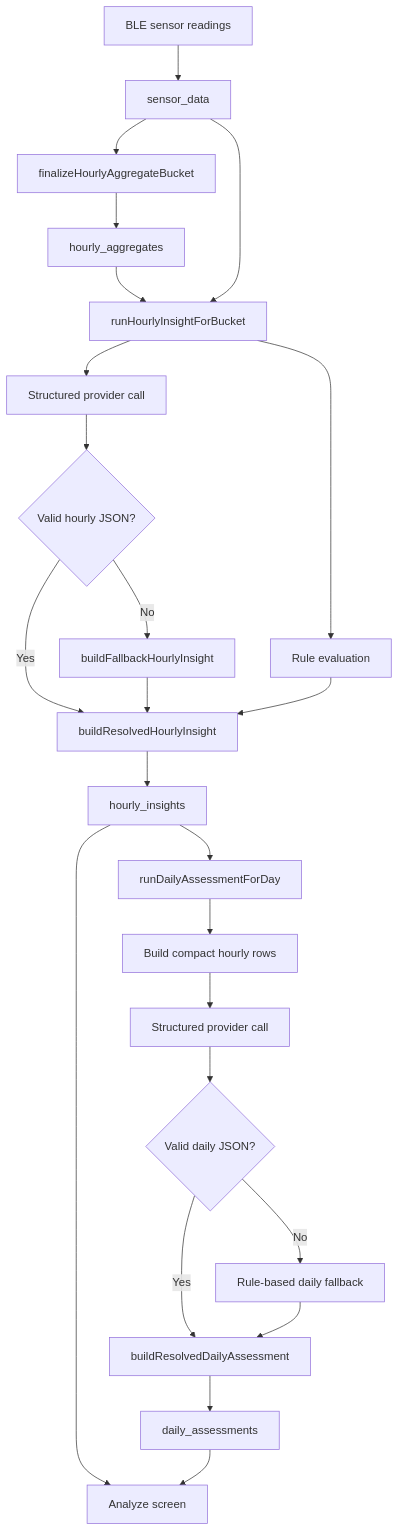
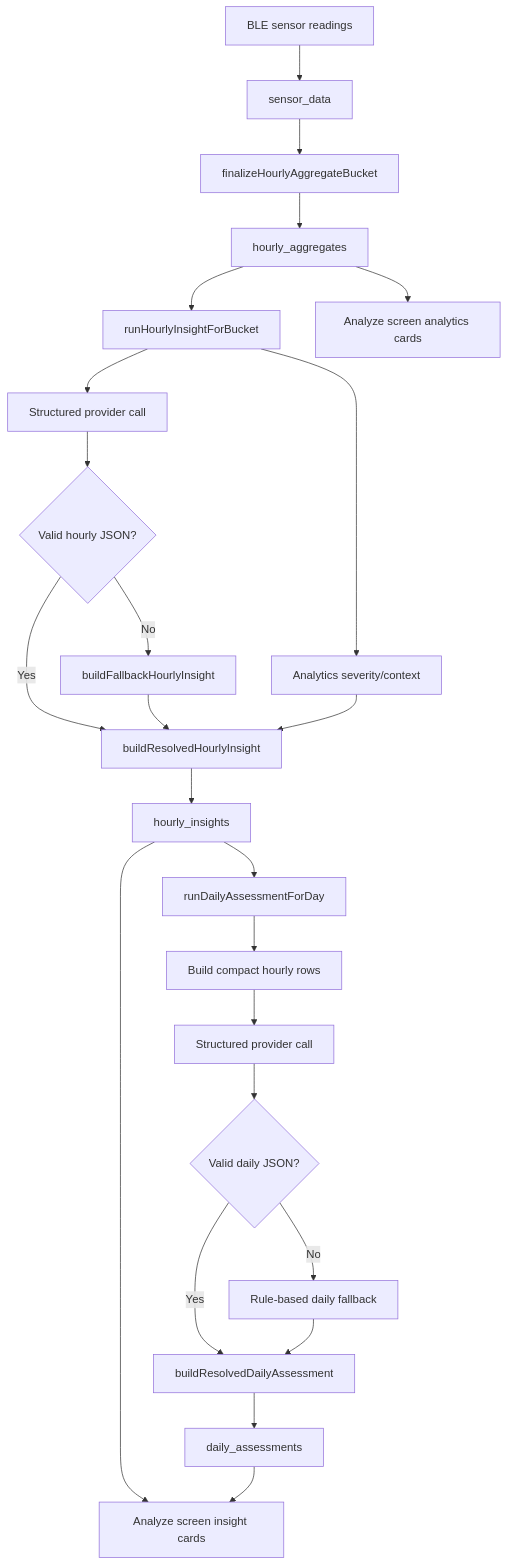
Before and after one commit to aiyanm/pigfit_try: the first of 4 diagrams in services/ai/deterministic/README.md, drawn with Mermaid. The commit also changed other lines of this file and 5 other files, not shown here.

````diff
--- a/services/ai/deterministic/README.md
+++ b/services/ai/deterministic/README.md
@@ -23,26 +23,26 @@
 ```mermaid
 flowchart TD
     A[BLE sensor readings] --> B[sensor_data]
     B --> C[finalizeHourlyAggregateBucket]
     C --> D[hourly_aggregates]
     D --> E[runHourlyInsightForBucket]
-    B --> E
-    E --> F[Rule evaluation]
+    E --> F[Analytics severity/context]
     E --> G[Structured provider call]
     G --> H{Valid hourly JSON?}
     H -- Yes --> I[buildResolvedHourlyInsight]
     H -- No --> J[buildFallbackHourlyInsight]
     J --> I
     F --> I
     I --> K[hourly_insights]
     K --> L[runDailyAssessmentForDay]
     L --> M[Build compact hourly rows]
     M --> N[Structured provider call]
     N --> O{Valid daily JSON?}
     O -- Yes --> P[buildResolvedDailyAssessment]
     O -- No --> Q[Rule-based daily fallback]
     Q --> P
     P --> R[daily_assessments]
-    K --> S[Analyze screen]
-    R --> S
+    D --> S[Analyze screen analytics cards]
+    K --> T[Analyze screen insight cards]
+    R --> T
 ```
````
